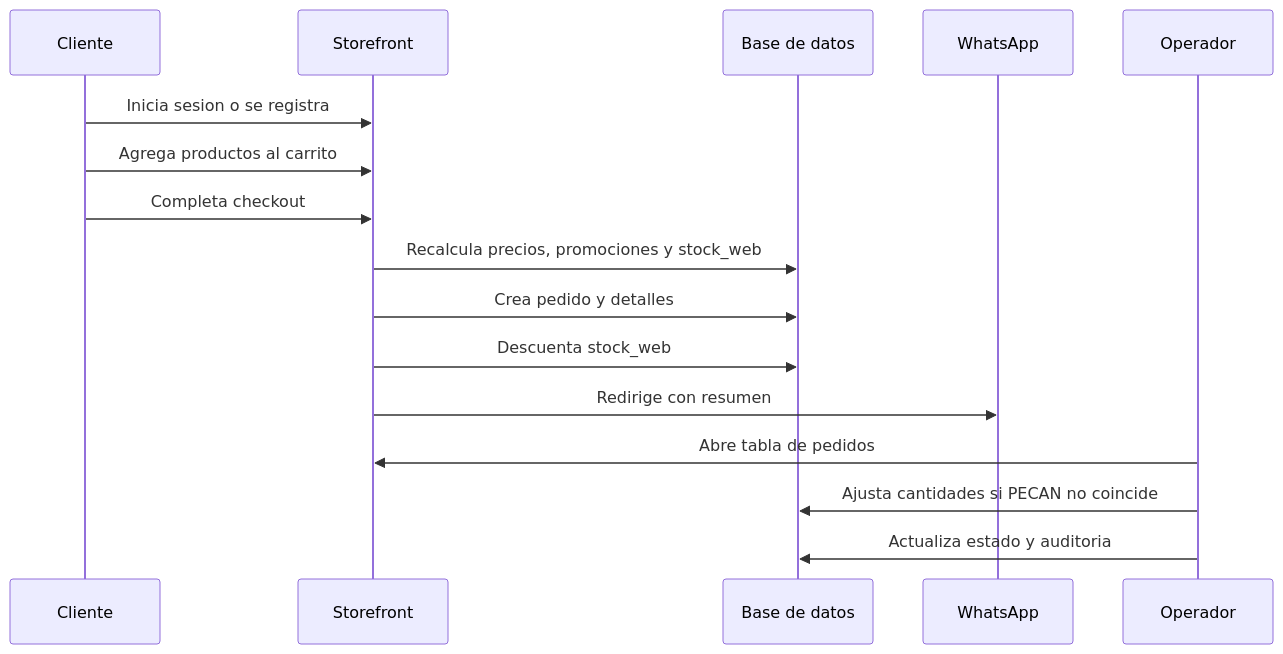
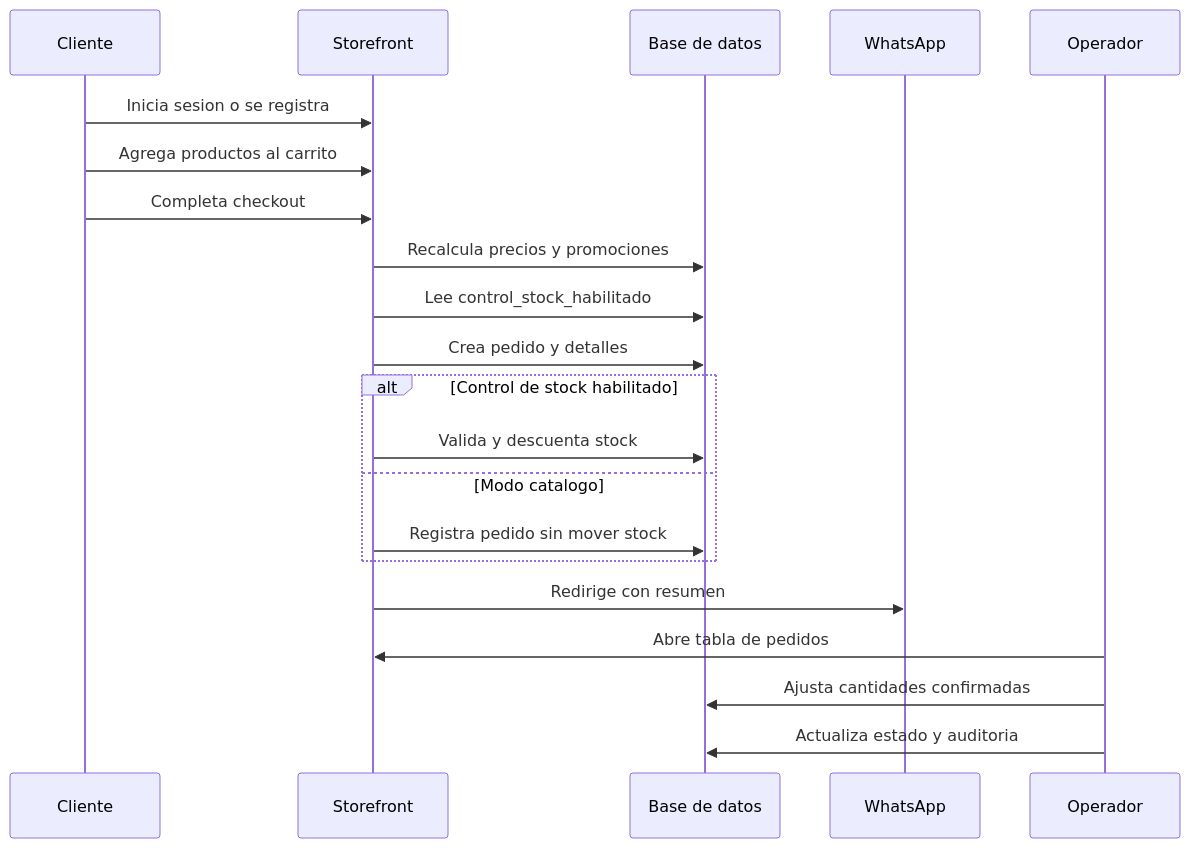
The fourth of 4 diagrams in outputs/architecture_docs/ARQUITECTURA_Y_DIAGRAMAS.md (georgeelimelec-byte/tienda_km2), drawn with Mermaid before and after one commit. The commit also changed other lines of this file and 58 other files, not shown here.

Commit message:
Unificar stock y documentar modo catalogo

````diff
--- a/outputs/architecture_docs/ARQUITECTURA_Y_DIAGRAMAS.md
+++ b/outputs/architecture_docs/ARQUITECTURA_Y_DIAGRAMAS.md
@@ -69,19 +72,24 @@
 ```mermaid
 sequenceDiagram
     participant C as Cliente
     participant S as Storefront
     participant DB as Base de datos
     participant W as WhatsApp
     participant A as Operador
 
     C->>S: Inicia sesion o se registra
     C->>S: Agrega productos al carrito
     C->>S: Completa checkout
-    S->>DB: Recalcula precios, promociones y stock_web
+    S->>DB: Recalcula precios y promociones
+    S->>DB: Lee control_stock_habilitado
     S->>DB: Crea pedido y detalles
-    S->>DB: Descuenta stock_web
+    alt Control de stock habilitado
+        S->>DB: Valida y descuenta stock
+    else Modo catalogo
+        S->>DB: Registra pedido sin mover stock
+    end
     S->>W: Redirige con resumen
     A->>S: Abre tabla de pedidos
-    A->>DB: Ajusta cantidades si PECAN no coincide
+    A->>DB: Ajusta cantidades confirmadas
     A->>DB: Actualiza estado y auditoria
 ```
````
